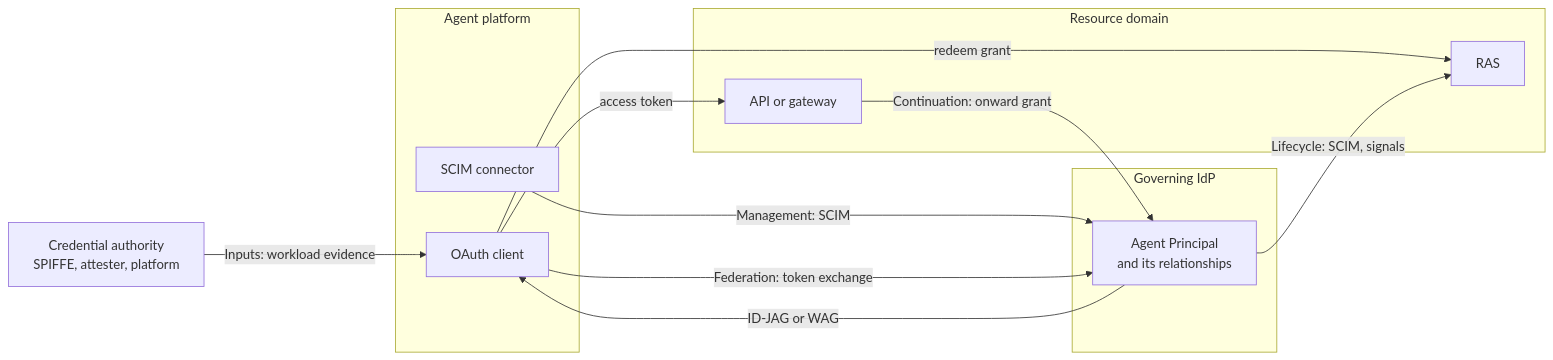
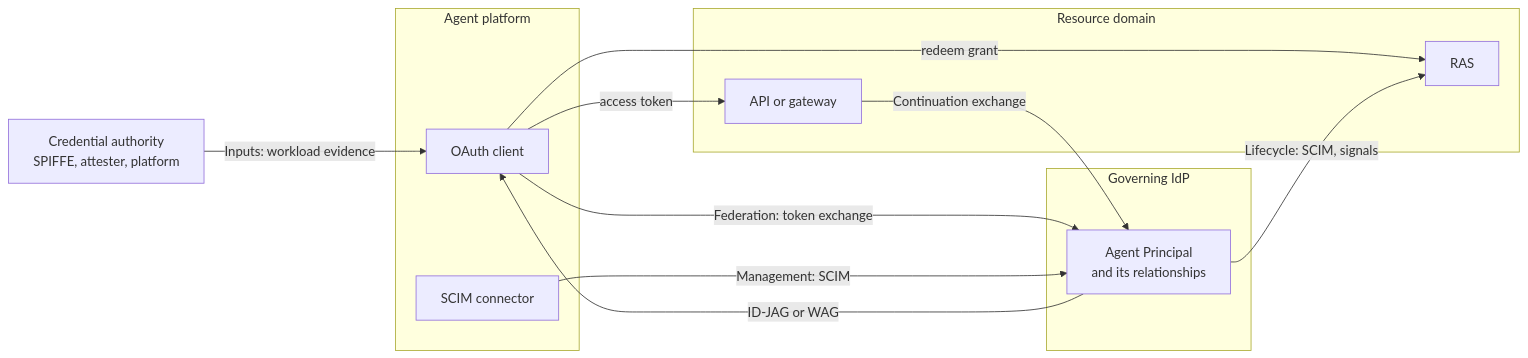
Before and after one commit to mcguinness/governed-agent-profiles: the diagram in README.md, drawn with Mermaid. The commit also changed other lines of this file and 1 other file, not shown here.

First line of the commit message:
Apply the review: correct three claims and lead with the basic flow

````diff
--- a/README.md
+++ b/README.md
@@ -14,23 +26,23 @@
 ```mermaid
 flowchart LR
   authority["Credential authority<br/>SPIFFE, attester, platform"]
   subgraph platform["Agent platform"]
     connector["SCIM connector"]
     client["OAuth client"]
   end
   subgraph idp["Governing IdP"]
     principal["Agent Principal<br/>and its relationships"]
   end
   subgraph domain["Resource domain"]
     ras["RAS"]
     api["API or gateway"]
   end
-  connector -->|"Management: SCIM"| principal
-  authority -->|"Inputs: workload evidence"| client
   client -->|"Federation: token exchange"| principal
   principal -->|"ID-JAG or WAG"| client
   client -->|"redeem grant"| ras
   client -->|"access token"| api
+  authority -->|"Inputs: workload evidence"| client
+  connector -->|"Management: SCIM"| principal
   principal -->|"Lifecycle: SCIM, signals"| ras
-  api -->|"Continuation: onward grant"| principal
+  api -->|"Continuation exchange"| principal
 ```
````
